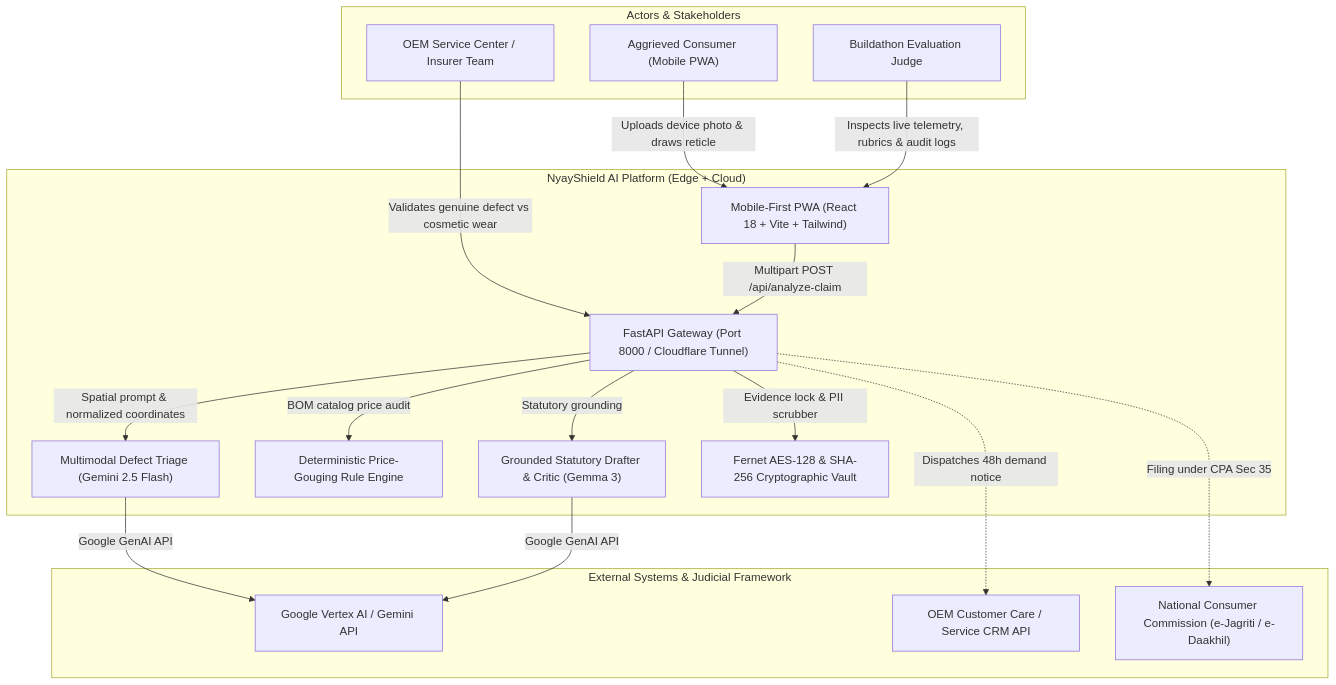
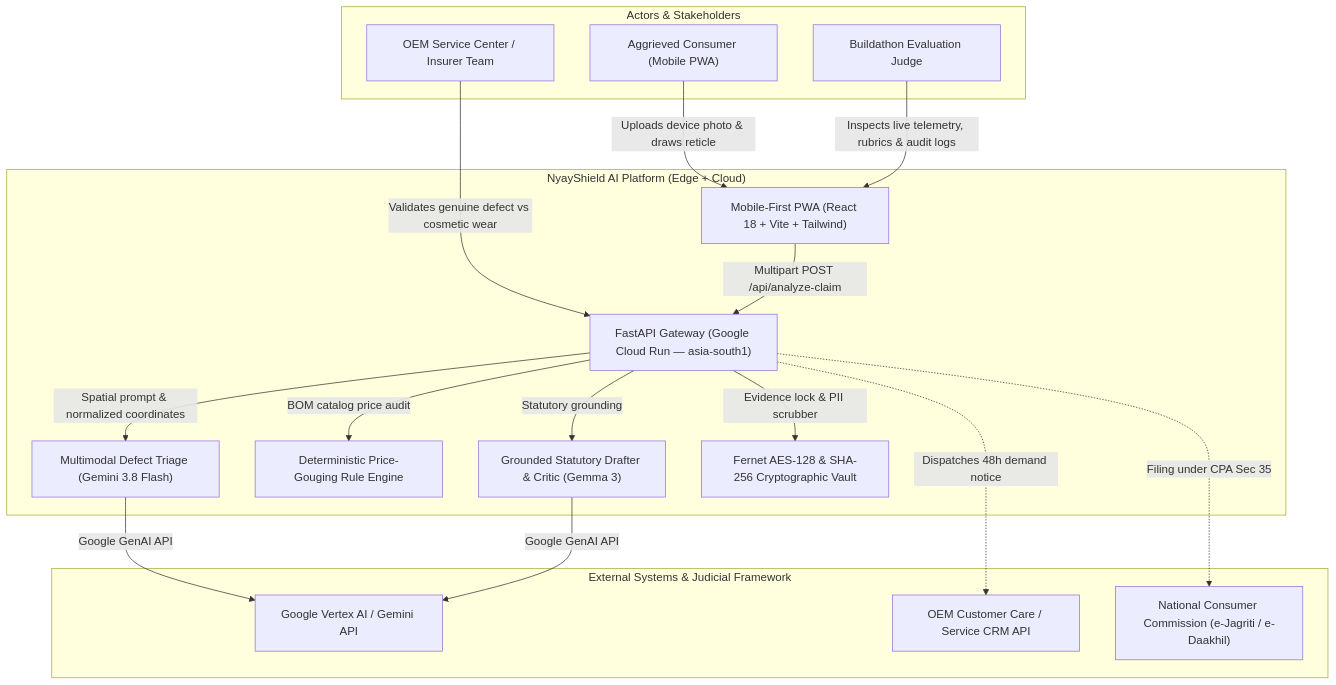
Before and after one commit to commandantekaustav/nyayshied-ai: the first of 10 diagrams in README.md, drawn with Mermaid. The commit also changed other lines of this file, not shown here.

Commit message:
docs(readme): fix author name to Kaustav Basu (@commandantekaustav), add live GCP URLs, and update Vertex AI 3.8 architecture

````diff
--- a/README.md
+++ b/README.md
@@ -97,38 +111,38 @@
 ```mermaid
 flowchart TD
     subgraph Stakeholders ["Actors & Stakeholders"]
         Consumer["Aggrieved Consumer (Mobile PWA)"]
         B2BClaims["OEM Service Center / Insurer Team"]
         Judge["Buildathon Evaluation Judge"]
     end
 
     subgraph NyayShieldCore ["NyayShield AI Platform (Edge + Cloud)"]
         PWA["Mobile-First PWA (React 18 + Vite + Tailwind)"]
-        APIGateway["FastAPI Gateway (Port 8000 / Cloudflare Tunnel)"]
-        VisionEngine["Multimodal Defect Triage (Gemini 2.5 Flash)"]
+        APIGateway["FastAPI Gateway (Google Cloud Run — asia-south1)"]
+        VisionEngine["Multimodal Defect Triage (Gemini 3.8 Flash)"]
         PricingEngine["Deterministic Price-Gouging Rule Engine"]
         LegalCritic["Grounded Statutory Drafter & Critic (Gemma 3)"]
         CryptoVault["Fernet AES-128 & SHA-256 Cryptographic Vault"]
     end
 
     subgraph ExternalServices ["External Systems & Judicial Framework"]
         VertexAI["Google Vertex AI / Gemini API"]
         OEMCare["OEM Customer Care / Service CRM API"]
         eJagriti["National Consumer Commission (e-Jagriti / e-Daakhil)"]
     end
 
     Consumer -->|"Uploads device photo & draws reticle"| PWA
     B2BClaims -->|"Validates genuine defect vs cosmetic wear"| APIGateway
     Judge -->|"Inspects live telemetry, rubrics & audit logs"| PWA
 
     PWA -->|"Multipart POST /api/analyze-claim"| APIGateway
     APIGateway -->|"Spatial prompt & normalized coordinates"| VisionEngine
     VisionEngine -->|"Google GenAI API"| VertexAI
     APIGateway -->|"BOM catalog price audit"| PricingEngine
     APIGateway -->|"Statutory grounding"| LegalCritic
     LegalCritic -->|"Google GenAI API"| VertexAI
     APIGateway -->|"Evidence lock & PII scrubber"| CryptoVault
 
     APIGateway -.->|"Dispatches 48h demand notice"| OEMCare
     APIGateway -.->|"Filing under CPA Sec 35"| eJagriti
 ```
````
